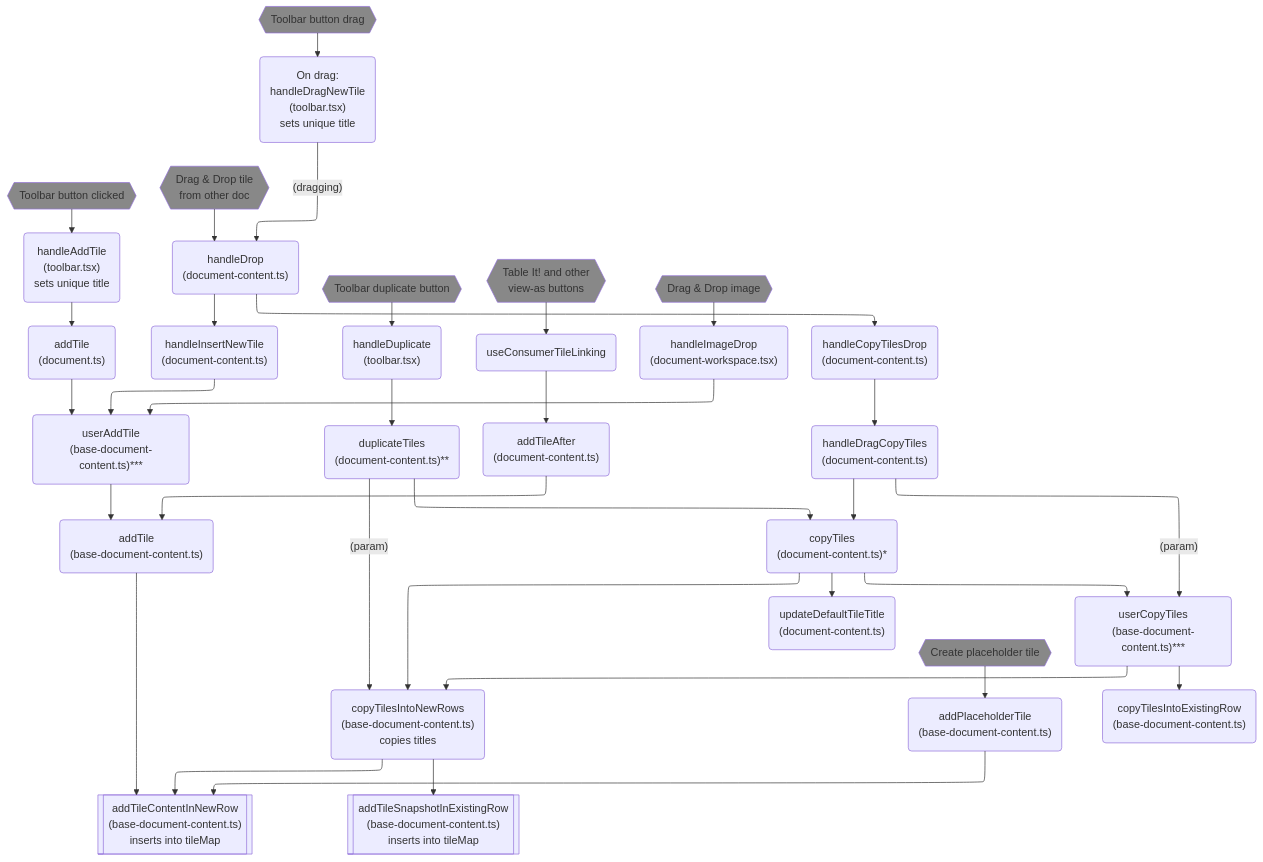
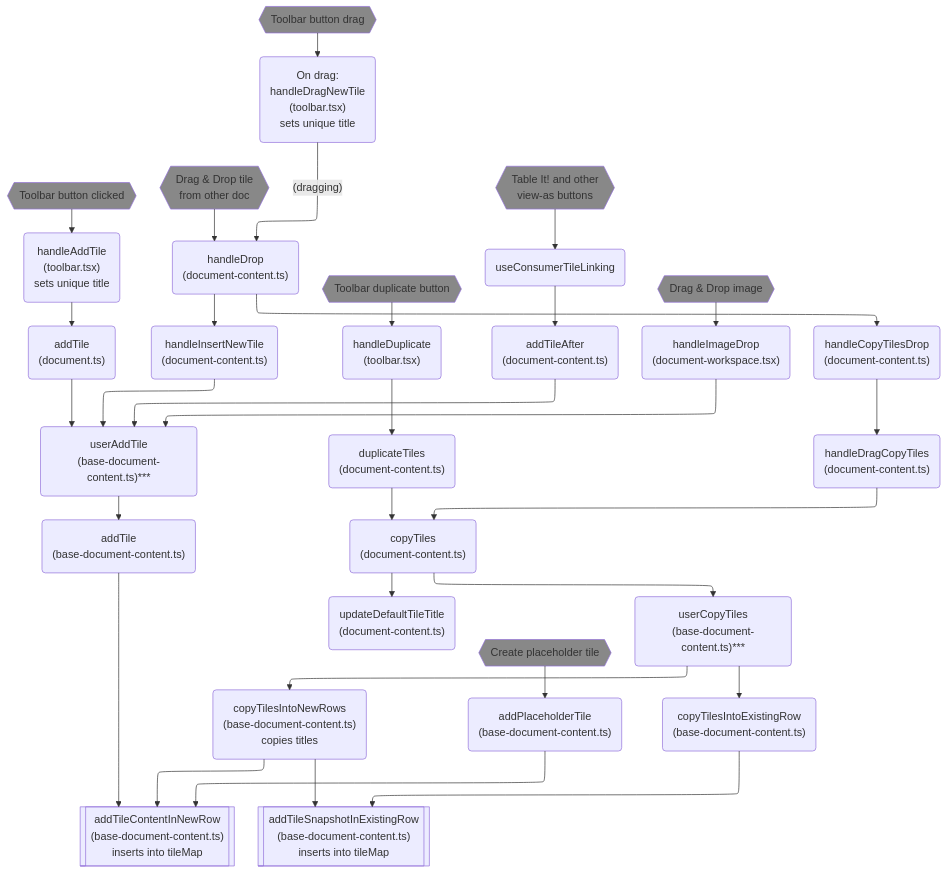
One commit to concord-consortium/collaborative-learning changed the diagram in docs/tile-creation.md. Above: the diagram before and after it, drawn with Mermaid. The commit also changed 1 other file, not shown here.

Commit message:
Simplify copyTiles

````diff
--- a/docs/tile-creation.md
+++ b/docs/tile-creation.md
@@ -5,67 +5,66 @@
 ```mermaid
 flowchart TD
 %%{init: {"flowchart": {"defaultRenderer": "elk"}} }%%
 
 BDCaddTileContentInNewRow[["addTileContentInNewRow\n(base-document-content.ts)\ninserts into tileMap"]]
 
 BDCaddTileSnapshotInExistingRow[["addTileSnapshotInExistingRow\n(base-document-content.ts)\ninserts into tileMap"]]
 
 toolbarClick{{"Toolbar button clicked"}}
 TBhandleAddTile("handleAddTile\n(toolbar.tsx)\nsets unique title")
 DaddTile("addTile\n(document.ts)")
 BDCuserAddTile("userAddTile\n(base-document-content.ts)***")
 BDCaddTile("addTile\n(base-document-content.ts)")
 
 toolbarClick --> TBhandleAddTile --> DaddTile --> BDCuserAddTile --> BDCaddTile --> BDCaddTileContentInNewRow
 
 toolbarDrag{{"Toolbar button drag"}}
 ThandleDragNewTile("On drag:\nhandleDragNewTile\n(toolbar.tsx)\nsets unique title")
 DChandleDrop("On drop:\nhandleDrop\n(document-content.ts)")
 DChandleInsertNewTile("handleInsertNewTile\n(document-content.ts)")
 
 toolbarDrag --> ThandleDragNewTile -- (dragging) --> DChandleDrop --> DChandleInsertNewTile --> BDCuserAddTile
 
 toolbarDuplicate{{Toolbar duplicate button}}
 ThandleDuplicate("handleDuplicate\n(toolbar.tsx)")
-DCduplicateTiles("duplicateTiles\n(document-content.ts)**")
-DCcopyTiles("copyTiles\n(document-content.ts)*")
+DCduplicateTiles("duplicateTiles\n(document-content.ts)")
+DCcopyTiles("copyTiles\n(document-content.ts)")
 updateDefaultTileTitle("updateDefaultTileTitle\n(document-content.ts)")
 BDCcopyTilesIntoNewRows("copyTilesIntoNewRows\n(base-document-content.ts)\ncopies titles")
 
-toolbarDuplicate --> ThandleDuplicate --> DCduplicateTiles -- (param) --> BDCcopyTilesIntoNewRows
-DCduplicateTiles --> DCcopyTiles --> BDCcopyTilesIntoNewRows --> BDCaddTileContentInNewRow & BDCaddTileSnapshotInExistingRow
+toolbarDuplicate --> ThandleDuplicate --> DCduplicateTiles --> DCcopyTiles
+BDCcopyTilesIntoNewRows --> BDCaddTileContentInNewRow
 DCcopyTiles --> updateDefaultTileTitle
 
 tableIt{{"Table It! and other\nview-as buttons"}}
 useConsumerTileLinking("useConsumerTileLinking")
 DCaddTileAfter("addTileAfter\n(document-content.ts)")
 
-tableIt --> useConsumerTileLinking --> DCaddTileAfter --> BDCaddTile
+tableIt --> useConsumerTileLinking --> DCaddTileAfter --> BDCuserAddTile
 
 placeholder{{"Create placeholder tile"}}
 BDCaddPlaceholderTile("addPlaceholderTile\n(base-document-content.ts)")
 placeholder --> BDCaddPlaceholderTile --> BDCaddTileContentInNewRow
 
 dragImage{{"Drag & Drop image"}}
 DWhandleImageDrop("handleImageDrop\n(document-workspace.tsx)")
 dragImage --> DWhandleImageDrop --> BDCuserAddTile
 
 dragTile{{"Drag & Drop tile\nfrom other doc"}}
 DChandleDrop("handleDrop\n(document-content.ts)")
 DChandleCopyTilesDrop("handleCopyTilesDrop\n(document-content.ts)")
 DChandleDragCopyTiles("handleDragCopyTiles\n(document-content.ts)")
 BDCuserCopyTiles("userCopyTiles\n(base-document-content.ts)***")
 BDCcopyTilesIntoExistingRow("copyTilesIntoExistingRow\n(base-document-content.ts)")
 
-dragTile --> DChandleDrop --> DChandleCopyTilesDrop --> DChandleDragCopyTiles --> DCcopyTiles --> BDCuserCopyTiles --> BDCcopyTilesIntoNewRows & BDCcopyTilesIntoExistingRow
-DChandleDragCopyTiles -- (param) --> BDCuserCopyTiles
+dragTile --> DChandleDrop --> DChandleCopyTilesDrop --> DChandleDragCopyTiles --> DCcopyTiles --> BDCuserCopyTiles --> BDCcopyTilesIntoNewRows & BDCcopyTilesIntoExistingRow --> BDCaddTileSnapshotInExistingRow
 
 style toolbarClick fill:#888
 style toolbarDrag fill:#888
 style toolbarDuplicate fill:#888
 style dragImage fill:#888
 style dragTile fill:#888
 style tableIt fill:#888
 style placeholder fill:#888
 
 ```
````
